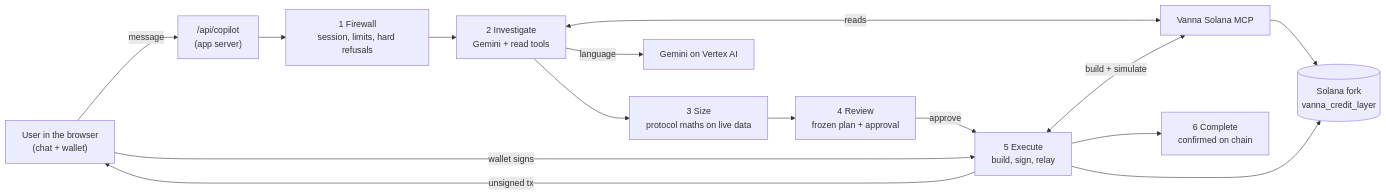
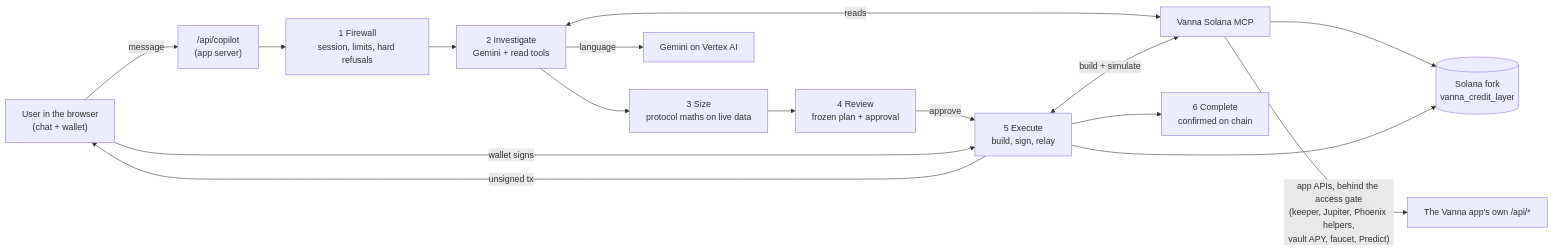
The diagram in docs/copilot/COPILOT_ARCHITECTURE.md (vannafinance/vanna-credit-backend), drawn with Mermaid before and after one commit. The commit also changed other lines of this file and 14 other files, not shown here.

````diff
--- a/docs/copilot/COPILOT_ARCHITECTURE.md
+++ b/docs/copilot/COPILOT_ARCHITECTURE.md
@@ -34,17 +38,18 @@
 ```mermaid
 flowchart LR
   U["User in the browser<br/>(chat + wallet)"] -->|message| R["/api/copilot<br/>(app server)"]
   R --> F["1 Firewall<br/>session, limits, hard refusals"]
   F --> I["2 Investigate<br/>Gemini + read tools"]
   I <-->|reads| M["Vanna Solana MCP"]
   I --> Z["3 Size<br/>protocol maths on live data"]
   Z --> V["4 Review<br/>frozen plan + approval"]
   V -->|approve| E["5 Execute<br/>build, sign, relay"]
   E <-->|build + simulate| M
   E -->|unsigned tx| U
   U -->|wallet signs| E
   E --> C["6 Complete<br/>confirmed on chain"]
   M --> CH[("Solana fork<br/>vanna_credit_layer")]
   E --> CH
   I -->|language| G["Gemini on Vertex AI"]
+  M -->|"app APIs, behind the access gate<br/>(keeper, Jupiter, Phoenix helpers,<br/>vault APY, faucet, Predict)"| APP["The Vanna app's own /api/*"]
 ```
````
